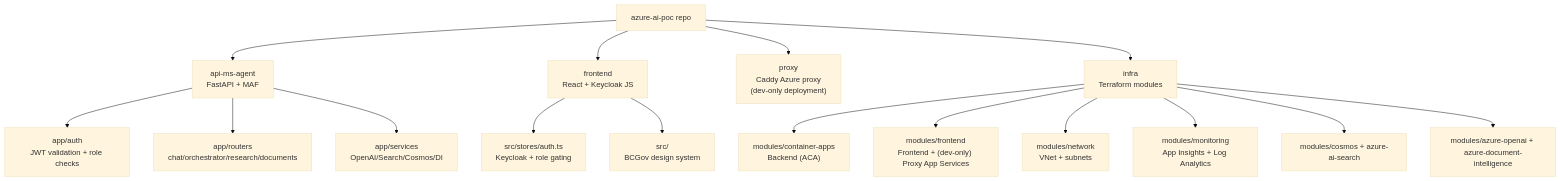
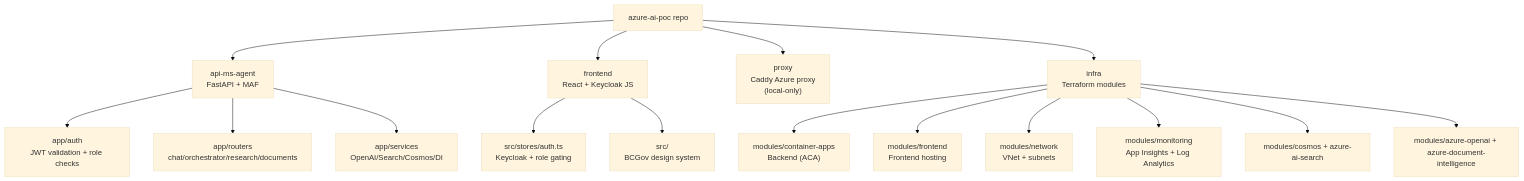
Before and after one commit to bcgov/azure-ai-poc: the second of 7 diagrams in docs/ARCHITECTURE_DEMO.md, drawn with Mermaid (base theme). The commit also changed other lines of this file and 1 other file, not shown here.

````diff
--- a/docs/ARCHITECTURE_DEMO.md
+++ b/docs/ARCHITECTURE_DEMO.md
@@ -96,22 +105,22 @@
 ```mermaid
 flowchart TB
   R["azure-ai-poc repo"]
   R --> AMS["api-ms-agent<br/>FastAPI + MAF"]
   R --> FE["frontend<br/>React + Keycloak JS"]
-  R --> PX["proxy<br/>Caddy Azure proxy<br/>(dev-only deployment)"]
+  R --> PX["proxy<br/>Caddy Azure proxy<br/>(local-only)"]
   R --> INF["infra<br/>Terraform modules"]
 
   AMS --> AMS_AUTH["app/auth<br/>JWT validation + role checks"]
   AMS --> AMS_ROUT["app/routers<br/>chat/orchestrator/research/documents"]
   AMS --> AMS_SVC["app/services<br/>OpenAI/Search/Cosmos/DI"]
 
   FE --> FE_AUTH["src/stores/auth.ts<br/>Keycloak + role gating"]
   FE --> FE_UI["src/<br/>BCGov design system"]
 
   INF --> M_BACK["modules/container-apps<br/>Backend (ACA)"]
-  INF --> M_FRONT["modules/frontend<br/>Frontend + (dev-only) Proxy App Services"]
+  INF --> M_FRONT["modules/frontend<br/>Frontend hosting"]
   INF --> M_NET["modules/network<br/>VNet + subnets"]
   INF --> M_MON["modules/monitoring<br/>App Insights + Log Analytics"]
   INF --> M_DATA["modules/cosmos + azure-ai-search"]
   INF --> M_AI["modules/azure-openai + azure-document-intelligence"]
 ```
````
